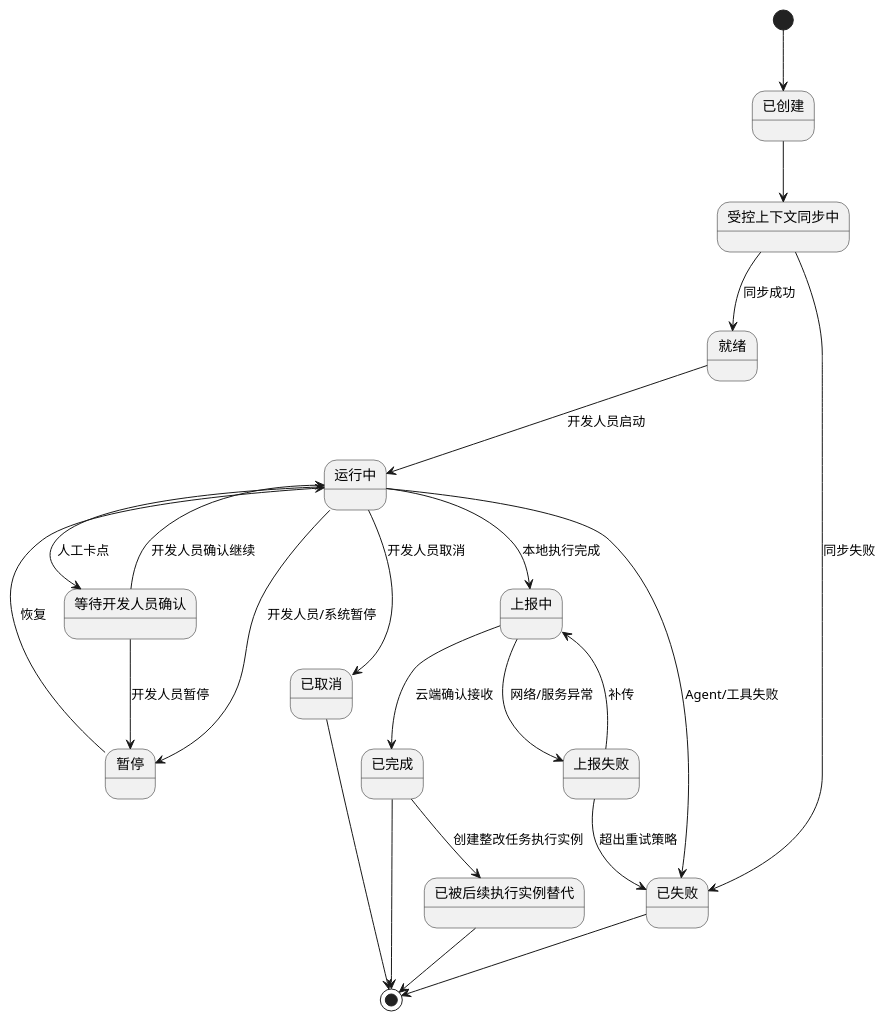
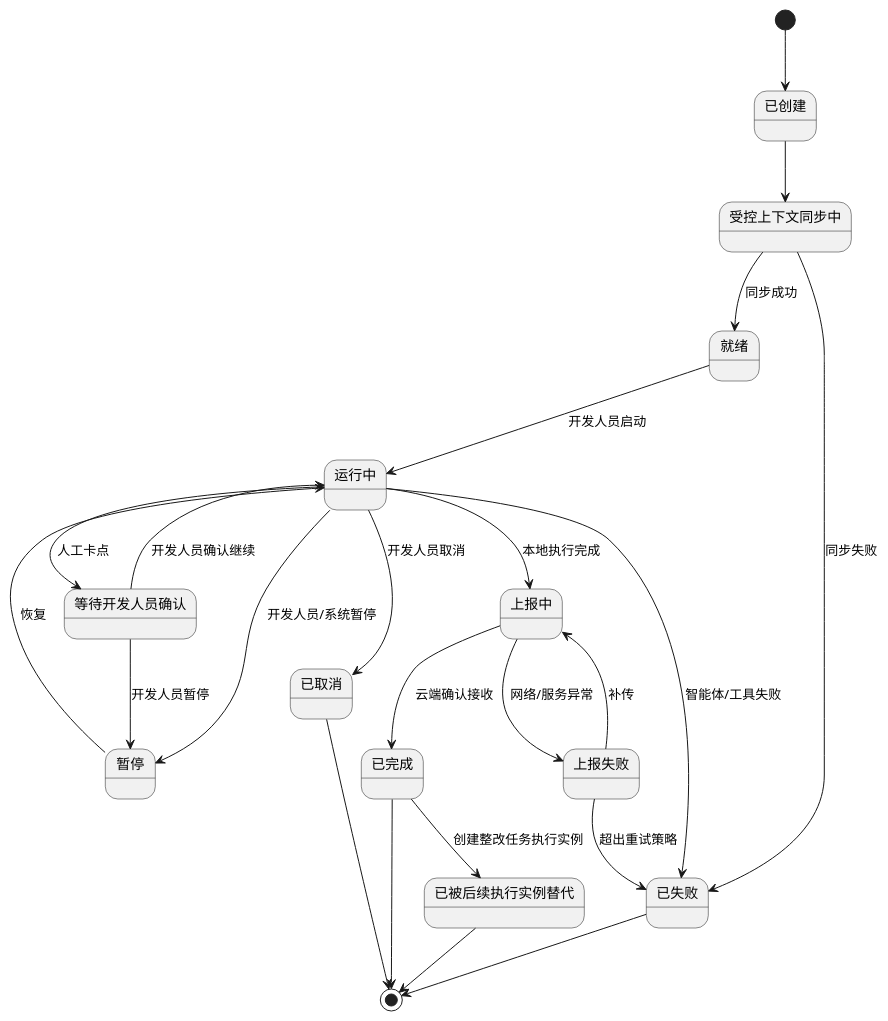
The seventh of 7 diagrams in 云端治理与本地智能研发协同平台_UseCase与UML.md (edwinyao121/ai-rjgc), drawn with PlantUML before and after one commit. The commit also changed other lines of this file, not shown here.

````diff
--- a/云端治理与本地智能研发协同平台_UseCase与UML.md
+++ b/云端治理与本地智能研发协同平台_UseCase与UML.md
@@ -748,31 +748,31 @@
 ```plantuml
 @startuml
 [*] --> 已创建
 已创建 --> 受控上下文同步中
 受控上下文同步中 --> 就绪 : 同步成功
 受控上下文同步中 --> 已失败 : 同步失败
 
 就绪 --> 运行中 : 开发人员启动
 运行中 --> 等待开发人员确认 : 人工卡点
 等待开发人员确认 --> 运行中 : 开发人员确认继续
 等待开发人员确认 --> 暂停 : 开发人员暂停
 
 运行中 --> 暂停 : 开发人员/系统暂停
 暂停 --> 运行中 : 恢复
 
 运行中 --> 上报中 : 本地执行完成
 上报中 --> 已完成 : 云端确认接收
 上报中 --> 上报失败 : 网络/服务异常
 上报失败 --> 上报中 : 补传
 上报失败 --> 已失败 : 超出重试策略
 
-运行中 --> 已失败 : Agent/工具失败
+运行中 --> 已失败 : 智能体/工具失败
 运行中 --> 已取消 : 开发人员取消
 已完成 --> 已被后续执行实例替代 : 创建整改任务执行实例
 
 已完成 --> [*]
 已失败 --> [*]
 已取消 --> [*]
 已被后续执行实例替代 --> [*]
 @enduml
 ```
````
